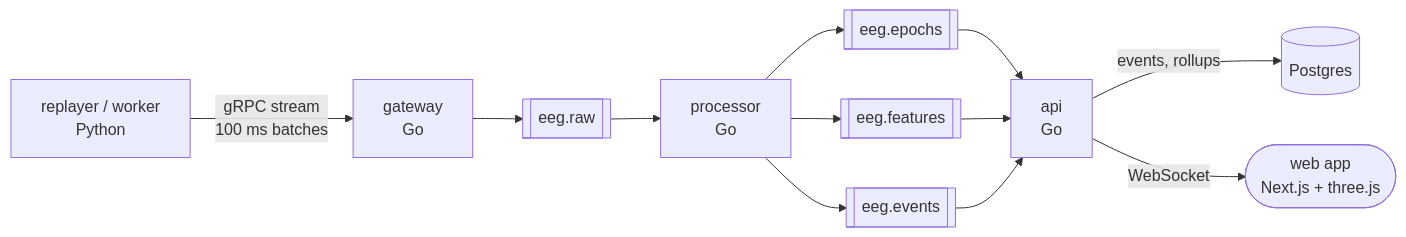
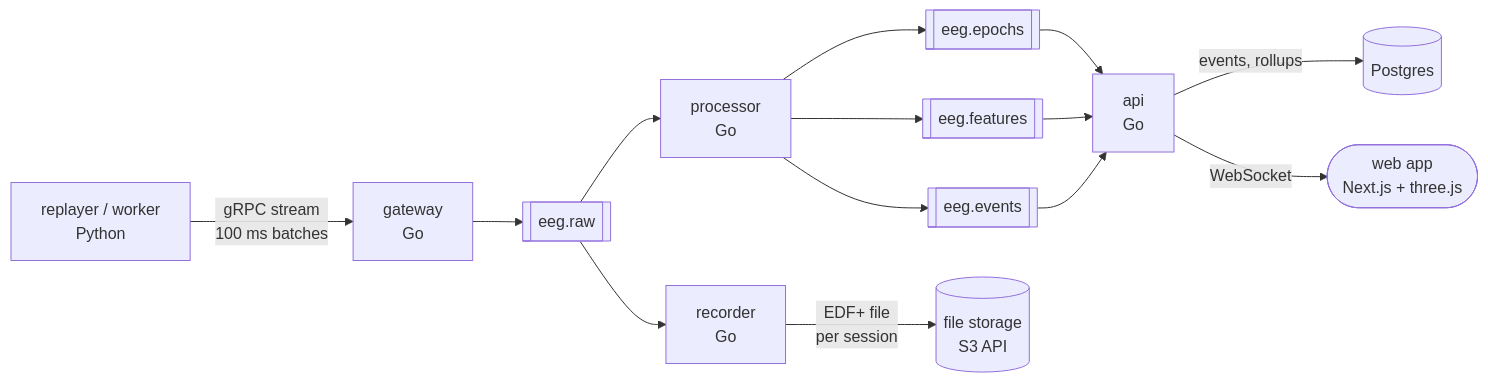
The diagram in README.md (KhoaNguyen706/NeuroHalo), drawn with Mermaid before and after one commit. The commit also changed other lines of this file and 21 other files, not shown here.

First line of the commit message:
Add the recorder: every session saved as an EDF+ file with its markers

````diff
--- a/README.md
+++ b/README.md
@@ -23,14 +24,16 @@
 ```mermaid
 flowchart LR
     R[replayer / worker<br/>Python] -- "gRPC stream<br/>100 ms batches" --> G[gateway<br/>Go]
     G --> RAW[[eeg.raw]]
     RAW --> P[processor<br/>Go]
     P --> FEAT[[eeg.features]]
     P --> EV[[eeg.events]]
     P --> EP[[eeg.epochs]]
+    RAW --> REC[recorder<br/>Go]
+    REC -- "EDF+ file<br/>per session" --> S3[(file storage<br/>S3 API)]
     EP --> API
     FEAT --> API[api<br/>Go]
     EV --> API
     API -- "events, rollups" --> PG[(Postgres)]
     API -- "WebSocket" --> WEB([web app<br/>Next.js + three.js])
 ```
````
